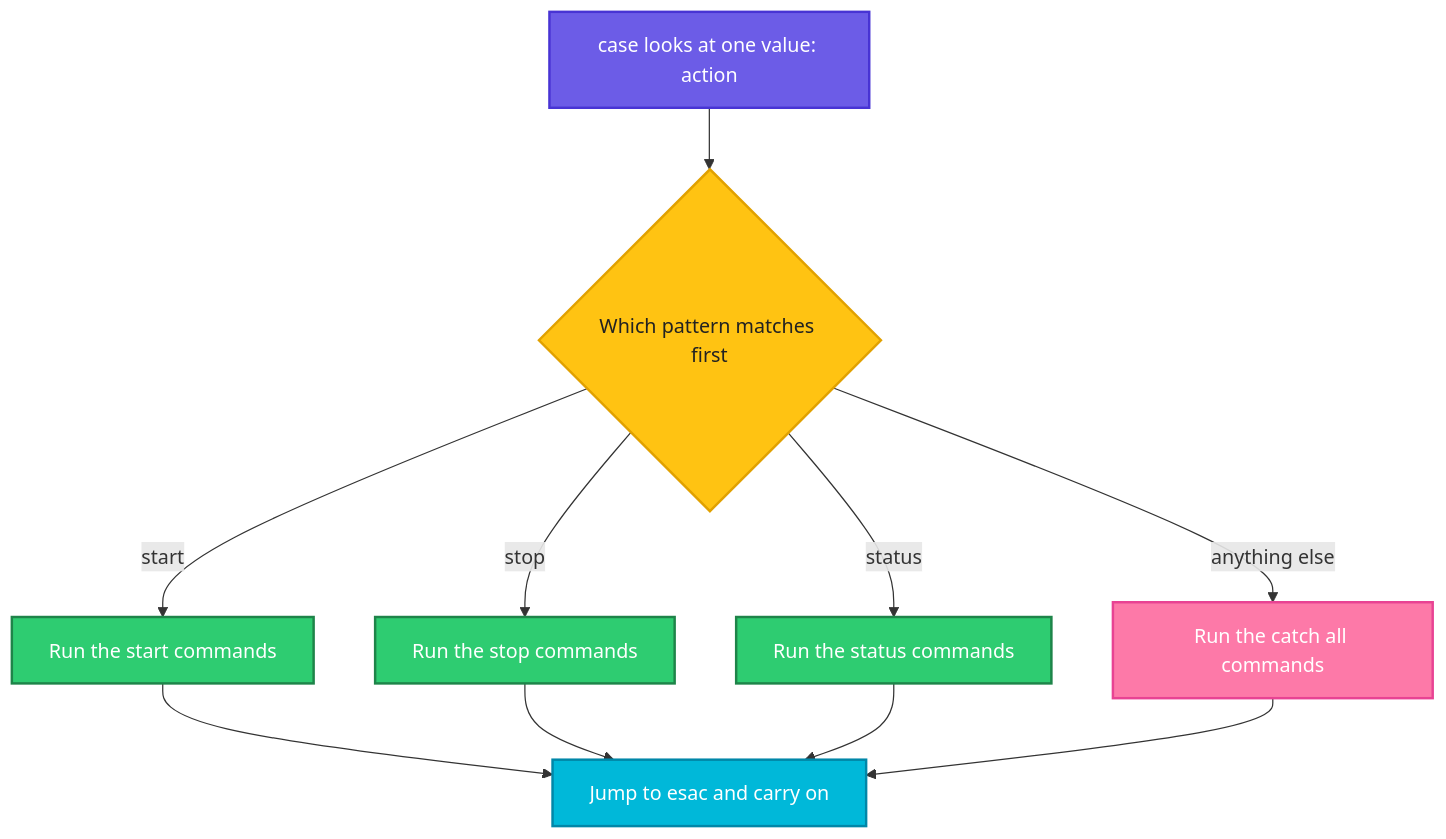
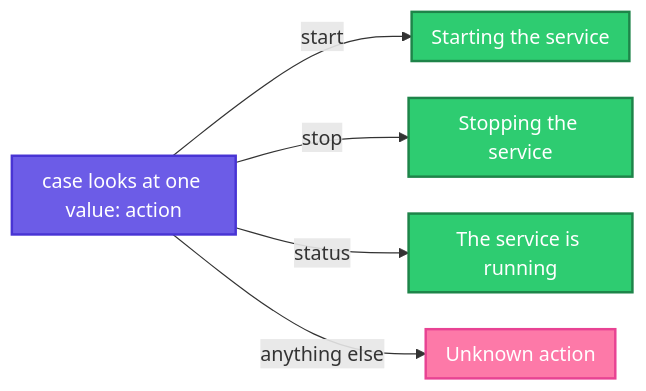
The first of 2 diagrams in shell-script/07-case-statements.md (codeKerdosTech/DevOps-Documentation), drawn with Mermaid before and after one commit. The commit also changed other lines of this file and 10 other files, not shown here.

````diff
--- a/shell-script/07-case-statements.md
+++ b/shell-script/07-case-statements.md
@@ -74,22 +76,17 @@
 ```mermaid
-flowchart TD
-    A["case looks at one value: action"] --> B{"Which pattern matches first"}
-    B -- start --> C["Run the start commands"]
-    B -- stop --> D["Run the stop commands"]
-    B -- status --> E["Run the status commands"]
-    B -- anything else --> F["Run the catch all commands"]
-    C --> G["Jump to esac and carry on"]
-    D --> G
-    E --> G
-    F --> G
+%%{init: {"flowchart": {"nodeSpacing": 30, "rankSpacing": 40, "wrappingWidth": 150, "padding": 8}}}%%
+flowchart LR
+    A["case looks at one value: action"]
+    A -- start --> B["Starting the service"]
+    A -- stop --> C["Stopping the service"]
+    A -- status --> D["The service is running"]
+    A -- anything else --> E["Unknown action"]
     classDef start fill:#6C5CE7,stroke:#4834D4,stroke-width:2px,color:#fff
     classDef proc fill:#00B8D9,stroke:#0087A8,stroke-width:2px,color:#fff
     classDef dec fill:#FFC312,stroke:#E1A100,stroke-width:2px,color:#222
     classDef ok fill:#2ECC71,stroke:#1E8449,stroke-width:2px,color:#fff
     classDef out fill:#FD79A8,stroke:#E84393,stroke-width:2px,color:#fff
     class A start
-    class B dec
-    class C,D,E ok
-    class F out
-    class G proc
+    class B,C,D ok
+    class E out
 ```
````
